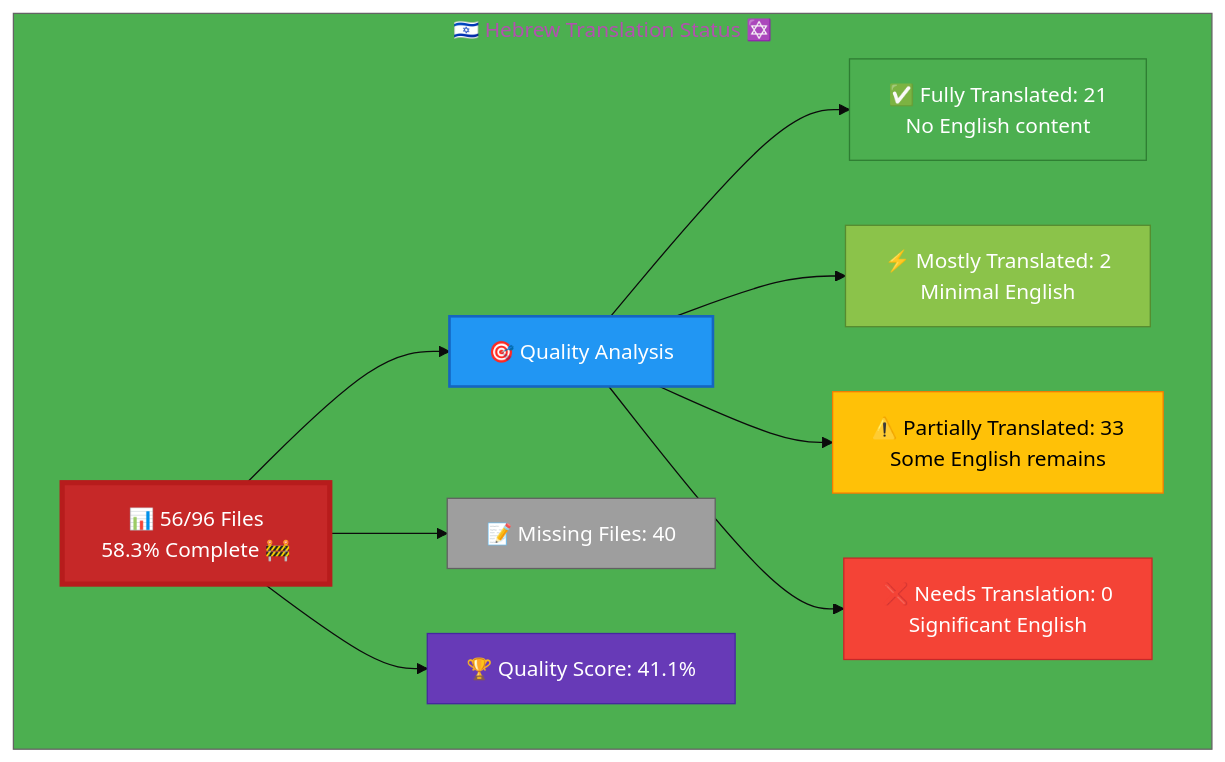
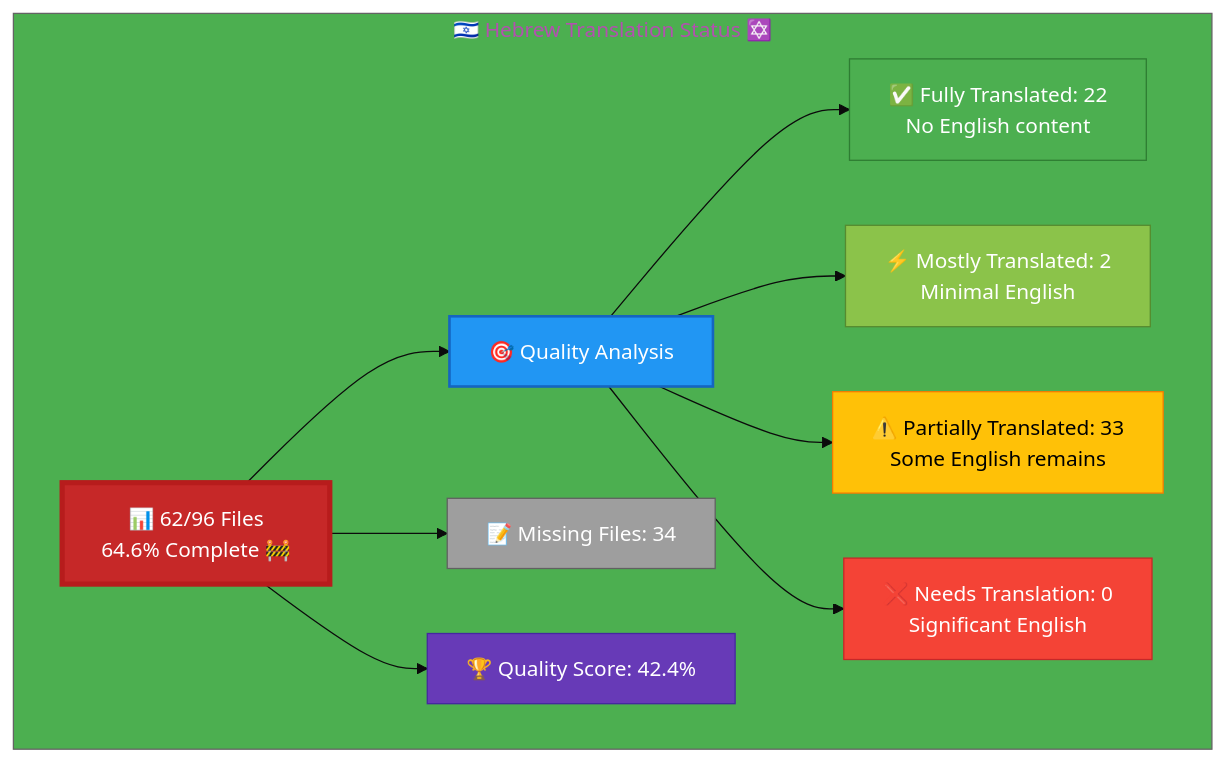
The diagram in Hebrew-Translation-Status.md (Hack23/homepage), drawn with Mermaid before and after one commit. The commit also changed other lines of this file and 1 other file, not shown here.

Commit message:
Add complete Hebrew translation for cia-triad-faq_he.html

````diff
--- a/Hebrew-Translation-Status.md
+++ b/Hebrew-Translation-Status.md
@@ -13,26 +13,26 @@
 ```mermaid
 %%{init: {'theme':'base', 'themeVariables': {'primaryColor':'#C62828','secondaryColor':'#2196F3','tertiaryColor':'#4CAF50','fontSize':'16px'}}}%%
 graph TB
     subgraph "🇮🇱 Hebrew Translation Status ✡️"
-        A["📊 56/96 Files<br/>58.3% Complete 🚧"]
+        A["📊 62/96 Files<br/>64.6% Complete 🚧"]
         
         A --> B["🎯 Quality Analysis"]
-        B --> C["✅ Fully Translated: 21<br/>No English content"]
+        B --> C["✅ Fully Translated: 22<br/>No English content"]
         B --> D["⚡ Mostly Translated: 2<br/>Minimal English"]
         B --> E["⚠️  Partially Translated: 33<br/>Some English remains"]
         B --> F["❌ Needs Translation: 0<br/>Significant English"]
         
-        A --> G["📝 Missing Files: 40"]
+        A --> G["📝 Missing Files: 34"]
         
-        A --> H["🏆 Quality Score: 41.1%"]
+        A --> H["🏆 Quality Score: 42.4%"]
         
         style A fill:#C62828,stroke:#B71C1C,color:#fff,stroke-width:4px
         style B fill:#2196F3,stroke:#1565C0,color:#fff,stroke-width:2px
         style C fill:#4CAF50,stroke:#2E7D32,color:#fff
         style D fill:#8BC34A,stroke:#558B2F,color:#fff
         style E fill:#FFC107,stroke:#F57C00,color:#000
         style F fill:#F44336,stroke:#C62828,color:#fff
         style G fill:#9E9E9E,stroke:#616161,color:#fff
         style H fill:#673AB7,stroke:#4527A0,color:#fff
     end
 ```
````
